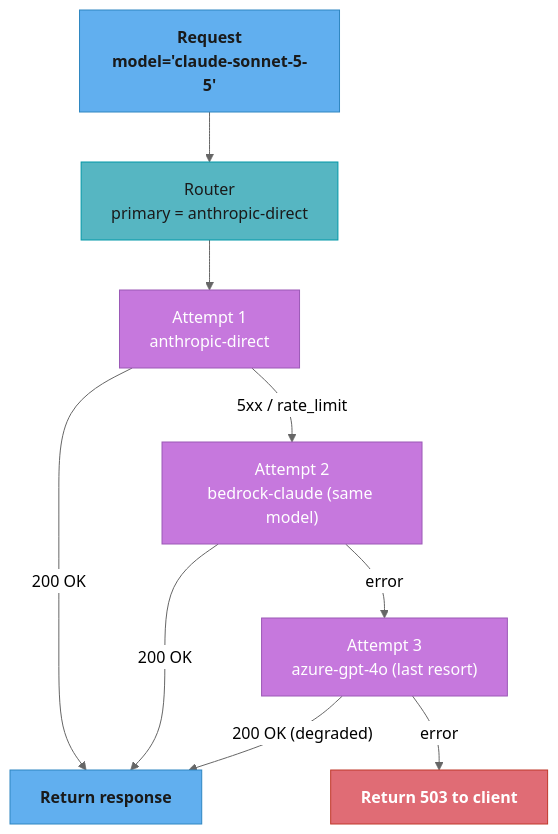
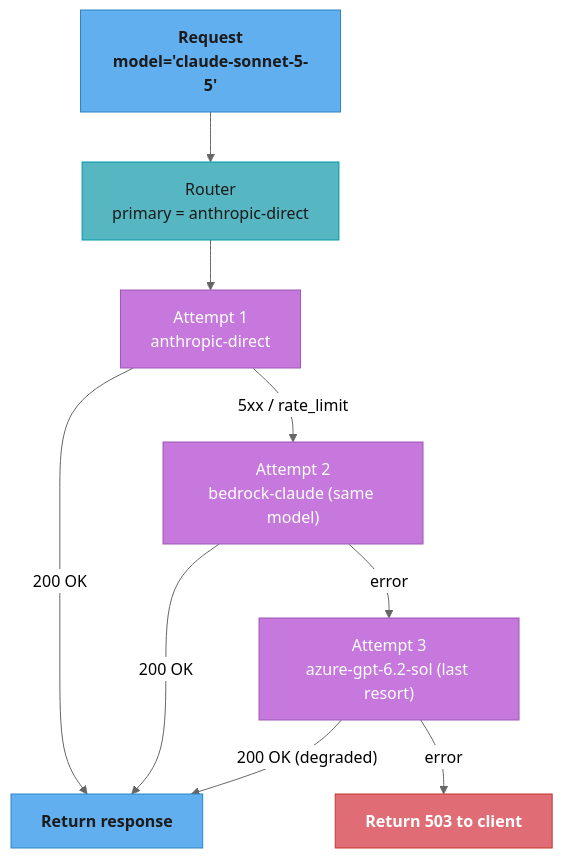
One commit to rppol/system-design changed the second of 2 diagrams in src/main/java/com/rutik/systemdesign/llm/agentic_frameworks/litellm_routing.md. Above: the diagram before and after it, drawn with Mermaid (neutral theme). The commit also changed other lines of this file and 70 other files, not shown here.

````diff
--- a/src/main/java/com/rutik/systemdesign/llm/agentic_frameworks/litellm_routing.md
+++ b/src/main/java/com/rutik/systemdesign/llm/agentic_frameworks/litellm_routing.md
@@ -100,31 +102,31 @@
 ```mermaid
 flowchart TD
     classDef io      fill:#61afef,stroke:#2e86c1,color:#1a1a1a,font-weight:bold
     classDef frozen  fill:#c678dd,stroke:#9b59b6,color:#fff
     classDef train   fill:#98c379,stroke:#27ae60,color:#1a1a1a
     classDef mathOp  fill:#d19a66,stroke:#e67e22,color:#1a1a1a,font-weight:bold
     classDef lossN   fill:#e06c75,stroke:#c0392b,color:#fff,font-weight:bold
     classDef req     fill:#56b6c2,stroke:#0097a7,color:#1a1a1a
     classDef base    fill:#e5c07b,stroke:#f39c12,color:#1a1a1a
 
     REQ["Request\nmodel='claude-sonnet-5-5'"]
     RTR["Router\nprimary = anthropic-direct"]
     A1["Attempt 1\nanthropic-direct"]
     A2["Attempt 2\nbedrock-claude (same model)"]
-    A3["Attempt 3\nazure-gpt-4o (last resort)"]
+    A3["Attempt 3\nazure-gpt-6.2-sol (last resort)"]
     OK["Return response"]
     ERR["Return 503 to client"]
 
     REQ --> RTR --> A1
     A1 -->|"200 OK"| OK
     A1 -->|"5xx / rate_limit"| A2
     A2 -->|"200 OK"| OK
     A2 -->|"error"| A3
     A3 -->|"200 OK (degraded)"| OK
     A3 -->|"error"| ERR
 
     class REQ,OK io
     class RTR req
     class A1,A2,A3 frozen
     class ERR lossN
 ```
````
